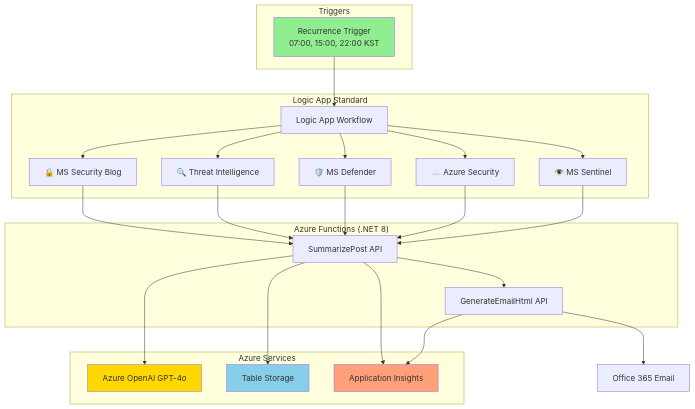
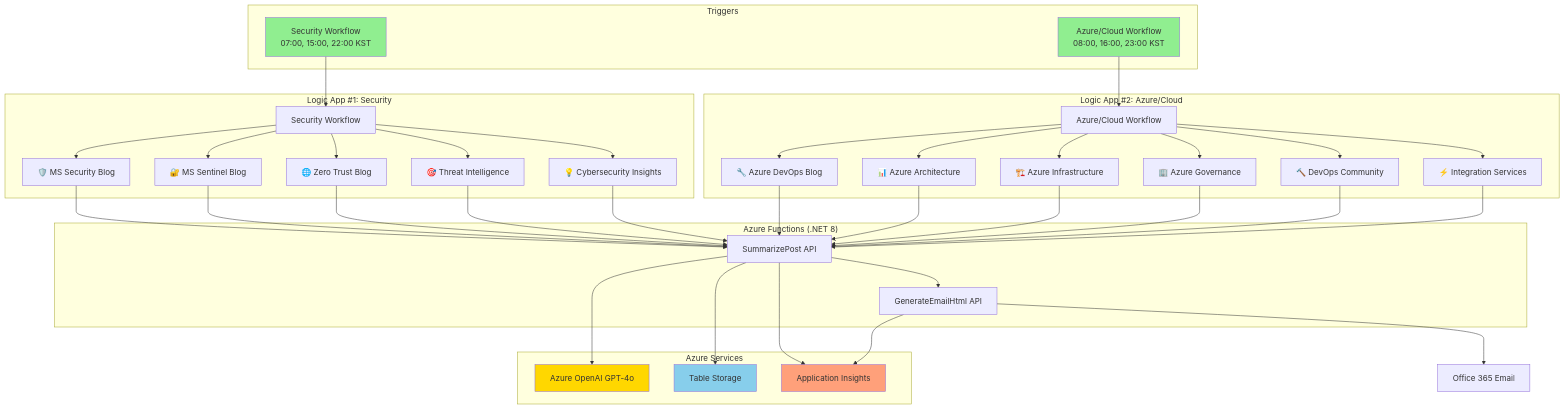
Before and after one commit to zer0big/azure-security-blog-automation: the diagram in README.md, drawn with Mermaid. The commit also changed other lines of this file and 3 other files, not shown here.

First line of the commit message:
문서 현행화: 듀얼 Logic App 워크플로우 아키텍처 반영

````diff
--- a/README.md
+++ b/README.md
@@ -54,40 +54,55 @@
 ```mermaid
 graph TB
     subgraph "Triggers"
-        T1[Recurrence Trigger<br/>07:00, 15:00, 22:00 KST]
+        T1[Security Workflow<br/>07:00, 15:00, 22:00 KST]
+        T2[Azure/Cloud Workflow<br/>08:00, 16:00, 23:00 KST]
     end
     
-    subgraph "Logic App Standard"
-        LA[Logic App Workflow]
-        RSS1[🔒 MS Security Blog]
-        RSS2[🔍 Threat Intelligence]
-        RSS3[🛡️ MS Defender]
-        RSS4[☁️ Azure Security]
-        RSS5[👁️ MS Sentinel]
+    subgraph "Logic App #1: Security"
+        LA1[Security Workflow]
+        RSS1[🛡️ MS Security Blog]
+        RSS2[🔐 MS Sentinel Blog]
+        RSS3[🌐 Zero Trust Blog]
+        RSS4[🎯 Threat Intelligence]
+        RSS5[💡 Cybersecurity Insights]
+    end
+    
+    subgraph "Logic App #2: Azure/Cloud"
+        LA2[Azure/Cloud Workflow]
+        RSS6[🔧 Azure DevOps Blog]
+        RSS7[📊 Azure Architecture]
+        RSS8[🏗️ Azure Infrastructure]
+        RSS9[🏢 Azure Governance]
+        RSS10[🔨 DevOps Community]
+        RSS11[⚡ Integration Services]
     end
     
     subgraph "Azure Functions (.NET 8)"
         F1[SummarizePost API]
         F2[GenerateEmailHtml API]
     end
     
     subgraph "Azure Services"
         AOAI[Azure OpenAI GPT-4o]
         STORAGE[Table Storage]
         APPINS[Application Insights]
     end
     
-    T1 --> LA
-    LA --> RSS1 & RSS2 & RSS3 & RSS4 & RSS5
+    T1 --> LA1
+    T2 --> LA2
+    LA1 --> RSS1 & RSS2 & RSS3 & RSS4 & RSS5
+    LA2 --> RSS6 & RSS7 & RSS8 & RSS9 & RSS10 & RSS11
     RSS1 & RSS2 & RSS3 & RSS4 & RSS5 --> F1
+    RSS6 & RSS7 & RSS8 & RSS9 & RSS10 & RSS11 --> F1
     F1 --> AOAI
     F1 --> STORAGE
     F1 --> F2
     F2 --> O365[Office 365 Email]
     F1 & F2 --> APPINS
     
     style T1 fill:#90EE90
+    style T2 fill:#90EE90
     style AOAI fill:#FFD700
     style STORAGE fill:#87CEEB
     style APPINS fill:#FFA07A
 ```
````
